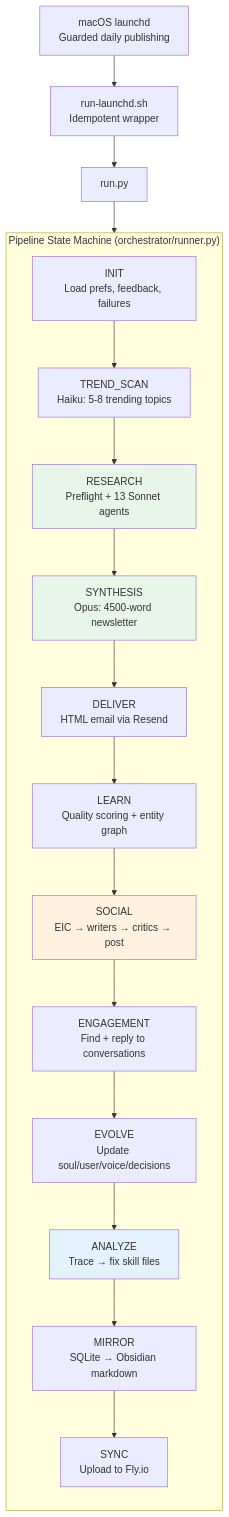
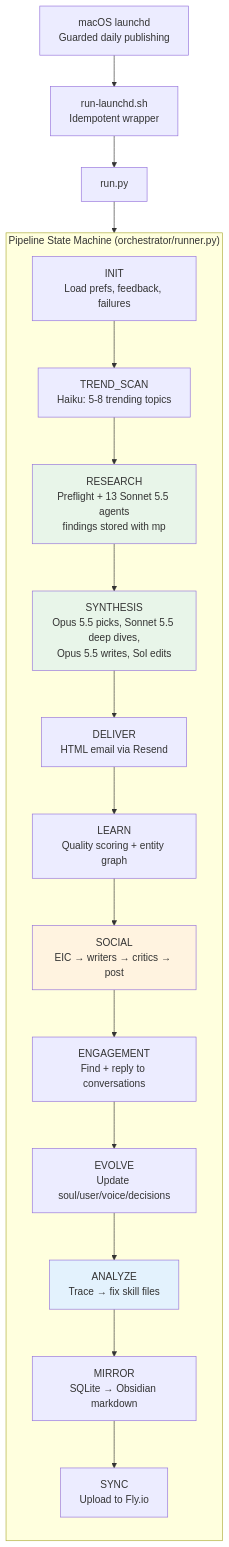
One commit to tayler-id/mindpattern-v3 changed the first of 8 diagrams in docs/ARCHITECTURE.md. Above: the diagram before and after it, drawn with Mermaid. The commit also changed other lines of this file and 21 other files, not shown here.

First line of the commit message:
docs: knowledge graph and architecture for the harness, mp, and CampaignOS

````diff
--- a/docs/ARCHITECTURE.md
+++ b/docs/ARCHITECTURE.md
@@ -9,30 +9,30 @@
 ```mermaid
 flowchart TD
     LAUNCHD["macOS launchd<br/>Guarded daily publishing"] --> WRAPPER["run-launchd.sh<br/>Idempotent wrapper"]
     WRAPPER --> RUN["run.py"]
     RUN --> INIT
 
     subgraph PIPELINE["Pipeline State Machine (orchestrator/runner.py)"]
         direction TB
         INIT["INIT<br/>Load prefs, feedback, failures"]
         TREND["TREND_SCAN<br/>Haiku: 5-8 trending topics"]
-        RESEARCH["RESEARCH<br/>Preflight + 13 Sonnet agents"]
-        SYNTH["SYNTHESIS<br/>Opus: 4500-word newsletter"]
+        RESEARCH["RESEARCH<br/>Preflight + 13 Sonnet 5.5 agents<br/>findings stored with mp"]
+        SYNTH["SYNTHESIS<br/>Opus 5.5 picks, Sonnet 5.5 deep dives,<br/>Opus 5.5 writes, Sol edits"]
         DELIVER["DELIVER<br/>HTML email via Resend"]
         LEARN["LEARN<br/>Quality scoring + entity graph"]
         SOCIAL["SOCIAL<br/>EIC → writers → critics → post"]
         ENGAGE["ENGAGEMENT<br/>Find + reply to conversations"]
         EVOLVE["EVOLVE<br/>Update soul/user/voice/decisions"]
         ANALYZE["ANALYZE<br/>Trace → fix skill files"]
         MIRROR["MIRROR<br/>SQLite → Obsidian markdown"]
         SYNC["SYNC<br/>Upload to Fly.io"]
 
         INIT --> TREND --> RESEARCH --> SYNTH --> DELIVER --> LEARN
         LEARN --> SOCIAL --> ENGAGE --> EVOLVE --> ANALYZE --> MIRROR --> SYNC
     end
 
     style RESEARCH fill:#e8f5e9
     style SYNTH fill:#e8f5e9
     style SOCIAL fill:#fff3e0
     style ANALYZE fill:#e3f2fd
 ```
````
